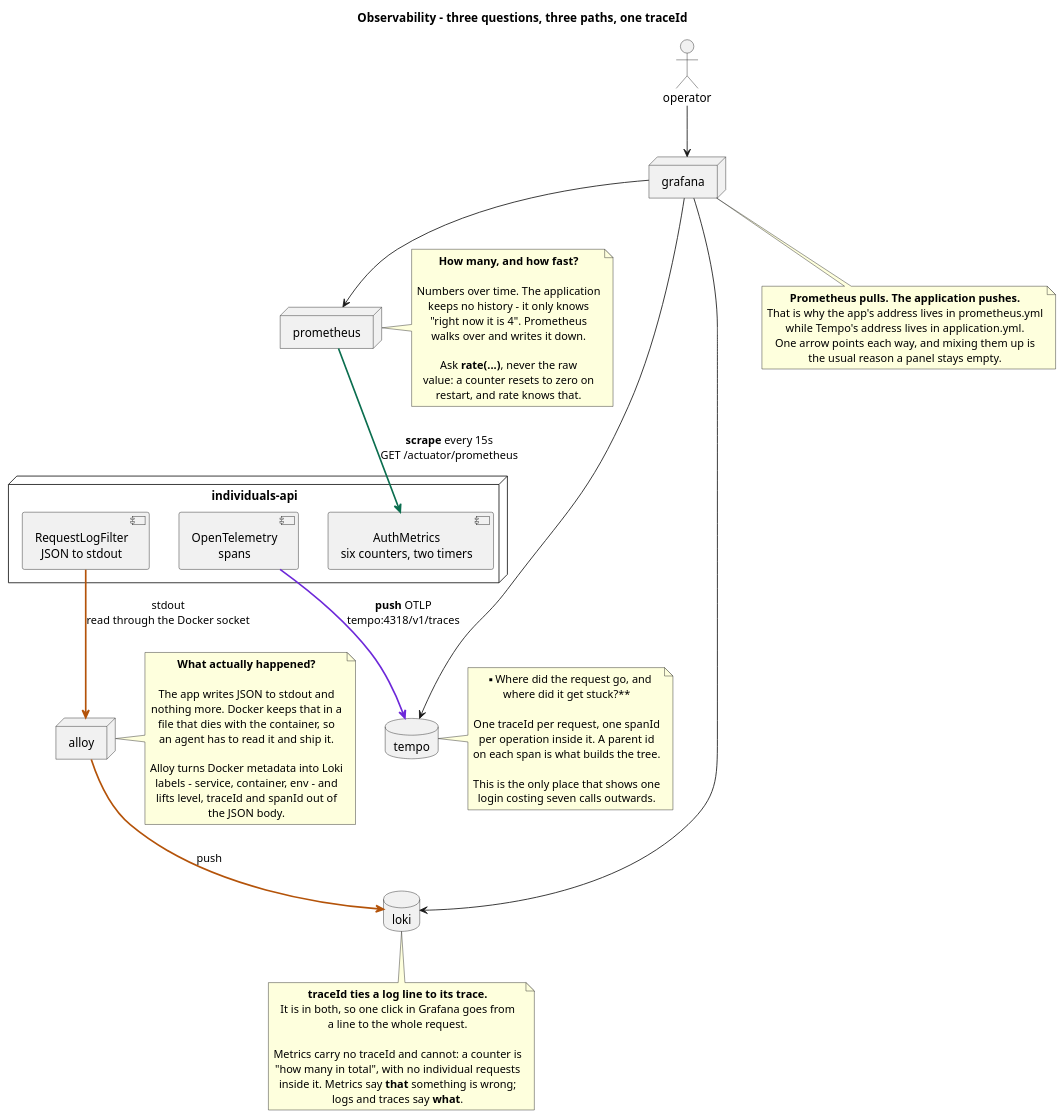
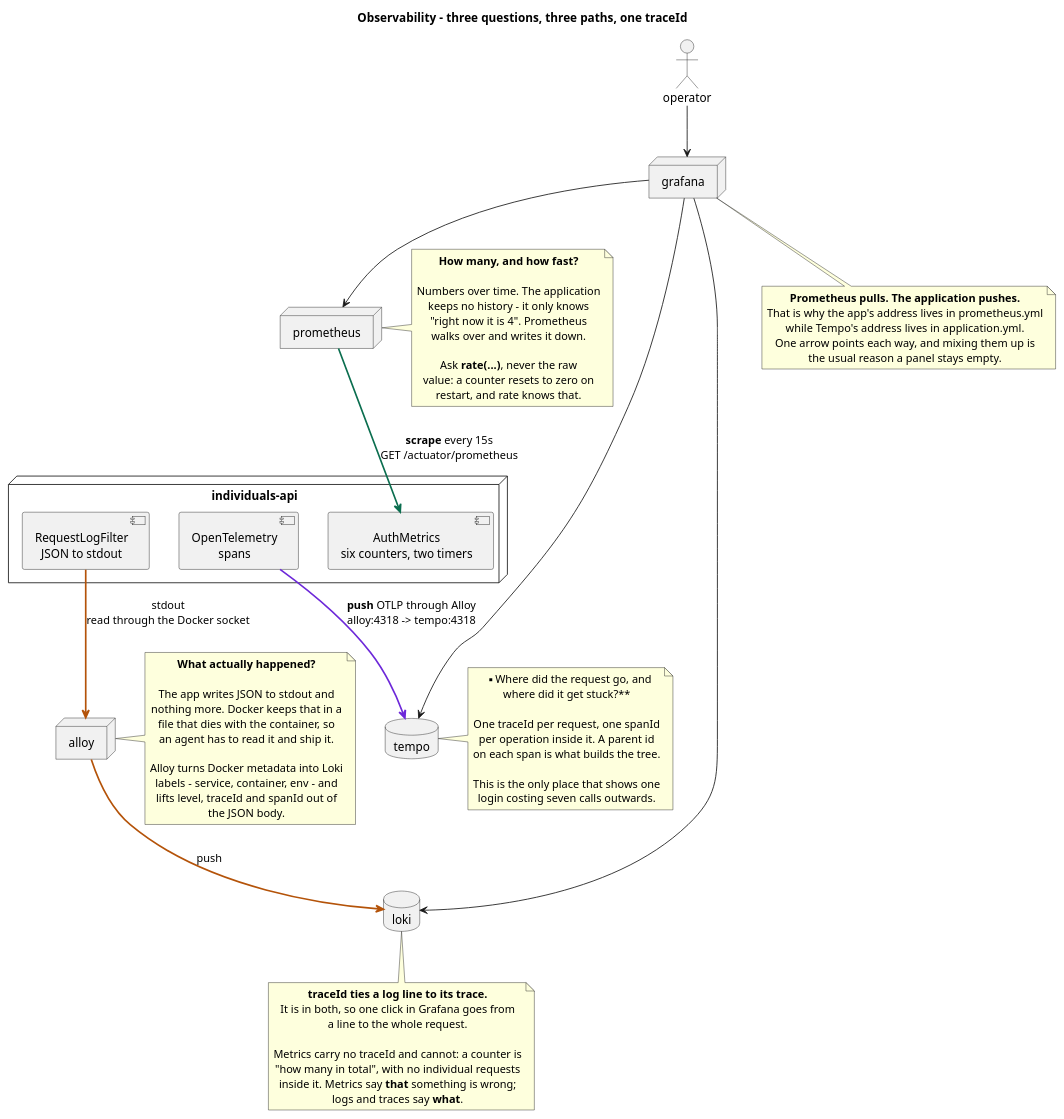
One commit to dezxxx/payment-platform changed the first of 2 diagrams in docs/puml-diagrams/observability.puml. Above: the diagram before and after it, drawn with PlantUML. The commit also changed other lines of this file and 16 other files, not shown here.

```diff
--- a/docs/puml-diagrams/observability.puml
+++ b/docs/puml-diagrams/observability.puml
@@ -1,94 +1,94 @@
 @startuml observability
 title Observability - three questions, three paths, one traceId
 
 skinparam shadowing false
 skinparam defaultTextAlignment center
 
 actor "operator" as OP
 
 node "individuals-api" as API {
   component "AuthMetrics\nsix counters, two timers" as METERS
   component "RequestLogFilter\nJSON to stdout" as LOGS
   component "OpenTelemetry\nspans" as SPANS
 }
 
 node "prometheus" as PROM
 node "alloy" as ALLOY
 database "loki" as LOKI
 database "tempo" as TEMPO
 node "grafana" as GRAF
 
 ' --- metrics: pulled ---
 PROM -[#0b6e4f,bold]-> METERS : **scrape** every 15s\nGET /actuator/prometheus
 
 ' --- logs: written, then collected ---
 LOGS -[#b45309,bold]-> ALLOY : stdout\nread through the Docker socket
 ALLOY -[#b45309,bold]-> LOKI : push
 
 ' --- traces: pushed by the application itself ---
-SPANS -[#6d28d9,bold]-> TEMPO : **push** OTLP\ntempo:4318/v1/traces
+SPANS -[#6d28d9,bold]-> TEMPO : **push** OTLP through Alloy\nalloy:4318 -> tempo:4318
 
 GRAF --> PROM
 GRAF --> LOKI
 GRAF --> TEMPO
 OP --> GRAF
 
 note right of PROM
   **How many, and how fast?**
 
   Numbers over time. The application
   keeps no history - it only knows
   "right now it is 4". Prometheus
   walks over and writes it down.
 
   Ask **rate(...)**, never the raw
   value: a counter resets to zero on
   restart, and rate knows that.
 end note
 
 note right of ALLOY
   **What actually happened?**
 
   The app writes JSON to stdout and
   nothing more. Docker keeps that in a
   file that dies with the container, so
   an agent has to read it and ship it.
 
   Alloy turns Docker metadata into Loki
   labels - service, container, env - and
   lifts level, traceId and spanId out of
   the JSON body.
 end note
 
 note right of TEMPO
   **Where did the request go, and
   where did it get stuck?**
 
   One traceId per request, one spanId
   per operation inside it. A parent id
   on each span is what builds the tree.
 
   This is the only place that shows one
   login costing seven calls outwards.
 end note
 
 note bottom of GRAF
   **Prometheus pulls. The application pushes.**
   That is why the app's address lives in prometheus.yml
   while Tempo's address lives in application.yml.
   One arrow points each way, and mixing them up is
   the usual reason a panel stays empty.
 end note
 
 note bottom of LOKI
   **traceId ties a log line to its trace.**
   It is in both, so one click in Grafana goes from
   a line to the whole request.
 
   Metrics carry no traceId and cannot: a counter is
   "how many in total", with no individual requests
   inside it. Metrics say **that** something is wrong;
   logs and traces say **what**.
 end note
 
 @enduml
```
